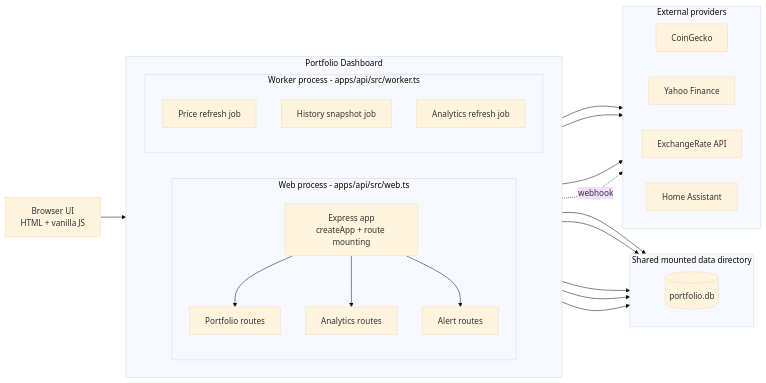
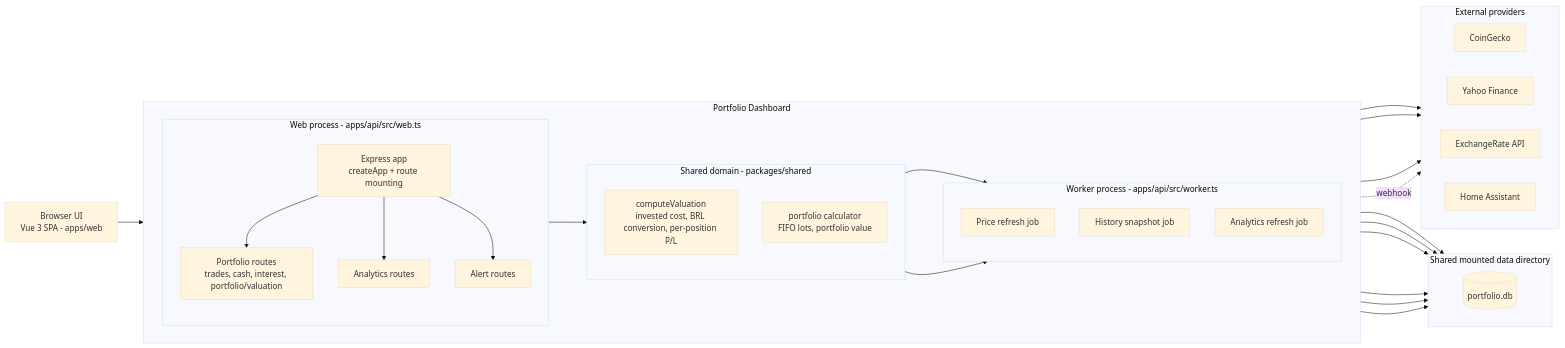
Before and after one commit to renanmoraisdasilva/portfolio-dashboard: the first of 3 diagrams in docs/ARCHITECTURE-OVERVIEW.md, drawn with Mermaid (base theme). The commit also changed other lines of this file and 2 other files, not shown here.

````diff
--- a/docs/ARCHITECTURE-OVERVIEW.md
+++ b/docs/ARCHITECTURE-OVERVIEW.md
@@ -7,53 +7,64 @@
 ```mermaid
 flowchart LR
-    Browser[Browser UI<br/>HTML + vanilla JS]
+    Browser[Browser UI<br/>Vue 3 SPA - apps/web]
 
     subgraph Application[Portfolio Dashboard]
         direction LR
 
         subgraph Web[Web process - apps/api/src/web.ts]
             direction TB
             App[Express app<br/>createApp + route mounting]
-            PortfolioRoutes[Portfolio routes]
+            PortfolioRoutes[Portfolio routes<br/>trades, cash, interest, portfolio/valuation]
             AnalyticsRoutes[Analytics routes]
             AlertRoutes[Alert routes]
             App --> PortfolioRoutes
             App --> AnalyticsRoutes
             App --> AlertRoutes
+        end
+
+        subgraph Shared[Shared domain - packages/shared]
+            direction TB
+            Valuation[computeValuation<br/>invested cost, BRL conversion, per-position P/L]
+            Calculator[portfolio calculator<br/>FIFO lots, portfolio value]
         end
 
         subgraph Worker[Worker process - apps/api/src/worker.ts]
             direction TB
             PriceJob[Price refresh job]
             HistoryJob[History snapshot job]
             AnalyticsJob[Analytics refresh job]
         end
     end
 
     subgraph Storage[Shared mounted data directory]
         direction LR
         Portfolio[(portfolio.db)]
     end
 
     subgraph Providers[External providers]
         direction LR
         CoinGecko[CoinGecko]
         Yahoo[Yahoo Finance]
         Exchange[ExchangeRate API]
         HA[Home Assistant]
     end
 
     Browser --> App
 
     PortfolioRoutes --> Portfolio
+    PortfolioRoutes --> Valuation
     AnalyticsRoutes --> Portfolio
+
+    Calculator --> Portfolio
+    Calculator --> HistoryJob
+    Calculator --> AnalyticsJob
 
     PriceJob --> Portfolio
     HistoryJob --> Portfolio
     AnalyticsJob --> Portfolio
 
     PriceJob --> CoinGecko
     PriceJob --> Yahoo
     PriceJob --> Exchange
     AlertRoutes -. webhook .-> HA
 ```
````
